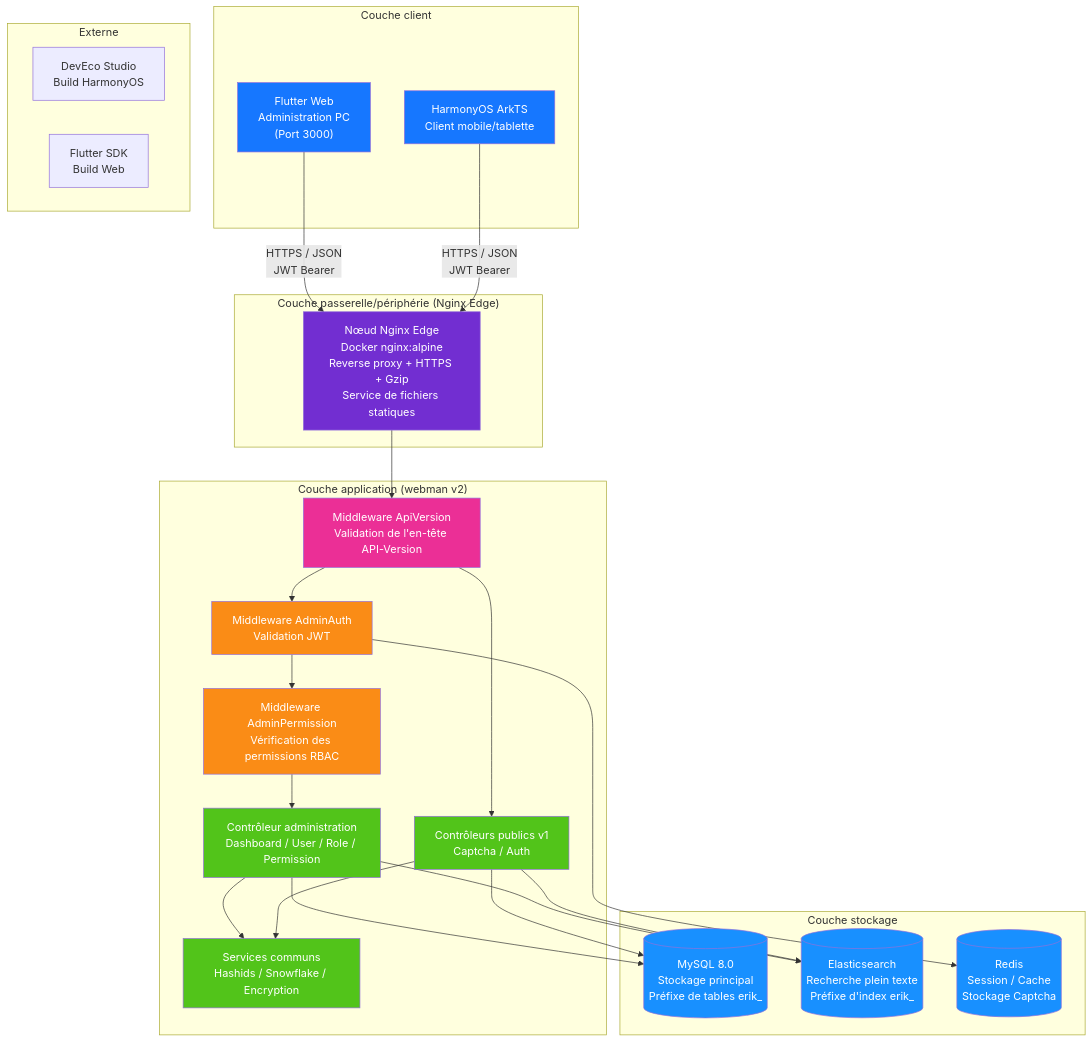
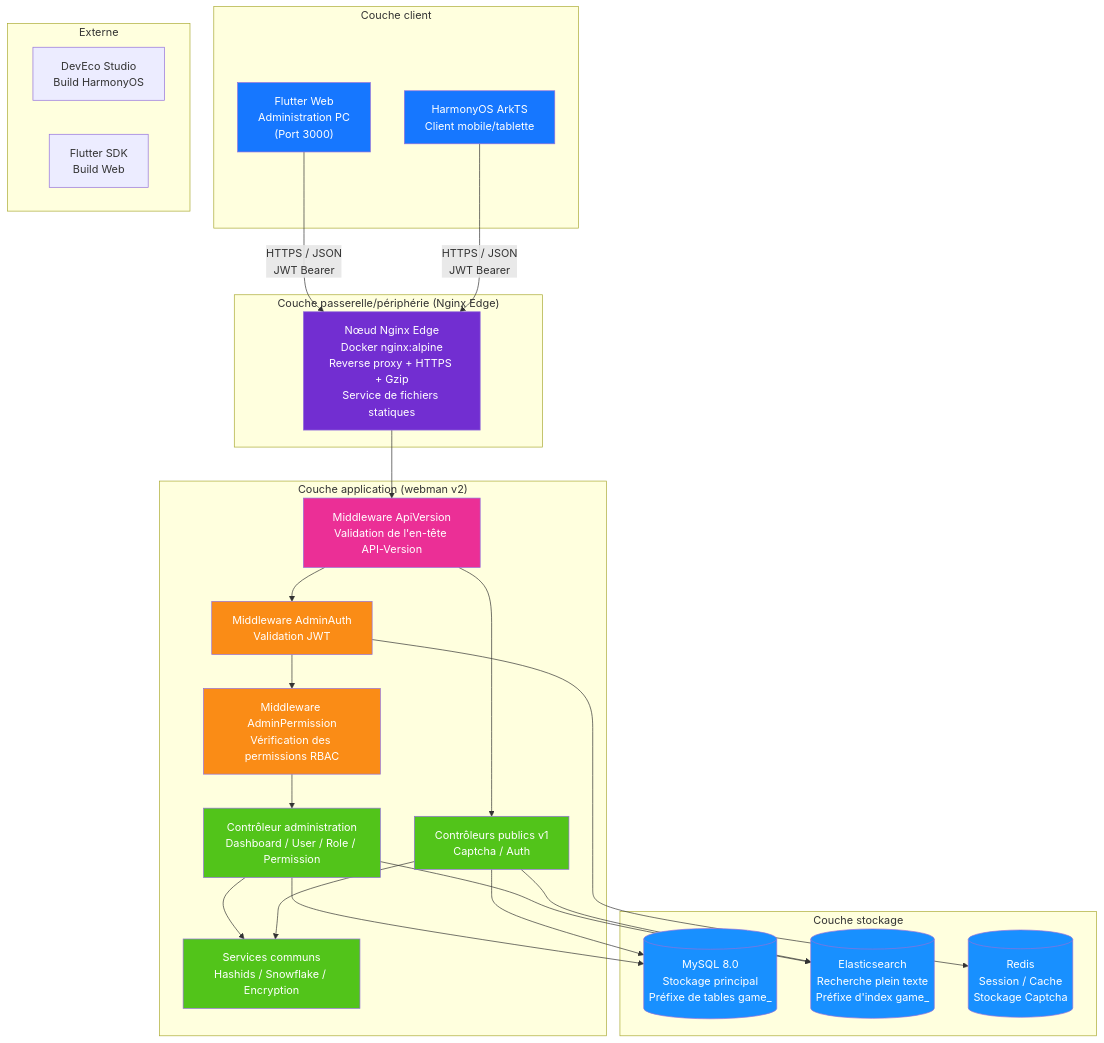
One commit to erikwang2013/game-platform-php changed the first of 14 diagrams in admin/docs/ARCHITECTURE.fr.md. Above: the diagram before and after it, drawn with Mermaid. The commit also changed other lines of this file and 345 other files, not shown here.

````diff
--- a/admin/docs/ARCHITECTURE.fr.md
+++ b/admin/docs/ARCHITECTURE.fr.md
@@ -15,59 +15,59 @@
 ```mermaid
 flowchart TB
     subgraph "Couche client"
         A1["Flutter Web<br/>Administration PC<br/>(Port 3000)"]
         A2["HarmonyOS ArkTS<br/>Client mobile/tablette"]
     end
 
     subgraph "Couche passerelle/périphérie (Nginx Edge)"
         B1["Nœud Nginx Edge<br/>Docker nginx:alpine<br/>Reverse proxy + HTTPS + Gzip<br/>Service de fichiers statiques"]
     end
 
     subgraph "Couche application (webman v2)"
         C0["Middleware ApiVersion<br/>Validation de l'en-tête API-Version"]
         C1["Middleware AdminAuth<br/>Validation JWT"]
         C2["Middleware AdminPermission<br/>Vérification des permissions RBAC"]
         C3["Contrôleur administration<br/>Dashboard / User / Role / Permission"]
         C4["Contrôleurs publics v1<br/>Captcha / Auth"]
         C5["Services communs<br/>Hashids / Snowflake / Encryption"]
     end
 
     subgraph "Couche stockage"
-        D1[("MySQL 8.0<br/>Stockage principal<br/>Préfixe de tables erik_")]
-        D2[("Elasticsearch<br/>Recherche plein texte<br/>Préfixe d'index erik_")]
+        D1[("MySQL 8.0<br/>Stockage principal<br/>Préfixe de tables game_")]
+        D2[("Elasticsearch<br/>Recherche plein texte<br/>Préfixe d'index game_")]
         D3[("Redis<br/>Session / Cache<br/>Stockage Captcha")]
     end
 
     subgraph "Externe"
         E1["DevEco Studio<br/>Build HarmonyOS"]
         E2["Flutter SDK<br/>Build Web"]
     end
 
     A1 -->|"HTTPS / JSON<br/>JWT Bearer"| B1
     A2 -->|"HTTPS / JSON<br/>JWT Bearer"| B1
     B1 --> C0
     C0 --> C1
     C1 --> C2
     C2 --> C3
     C0 --> C4
     C3 --> C5
     C4 --> C5
     C3 --> D1
     C4 --> D1
     C3 --> D2
     C4 --> D2
     C1 --> D3
 
     style A1 fill:#1677FF,color:#fff
     style A2 fill:#1677FF,color:#fff
     style B1 fill:#722ED1,color:#fff
     style C0 fill:#EB2F96,color:#fff
     style C1 fill:#FA8C16,color:#fff
     style C2 fill:#FA8C16,color:#fff
     style C3 fill:#52C41A,color:#fff
     style C4 fill:#52C41A,color:#fff
     style C5 fill:#52C41A,color:#fff
     style D1 fill:#1890FF,color:#fff
     style D2 fill:#1890FF,color:#fff
     style D3 fill:#1890FF,color:#fff
 ```
````
